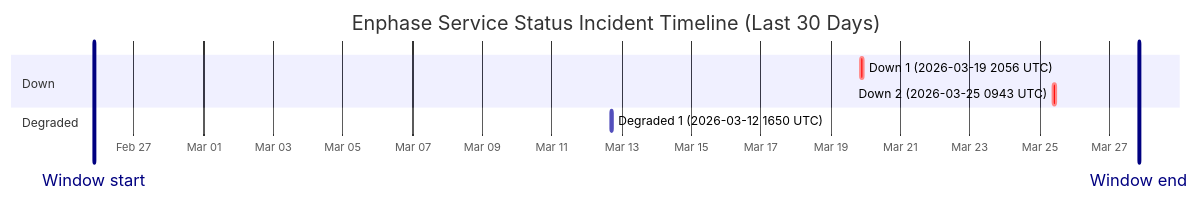
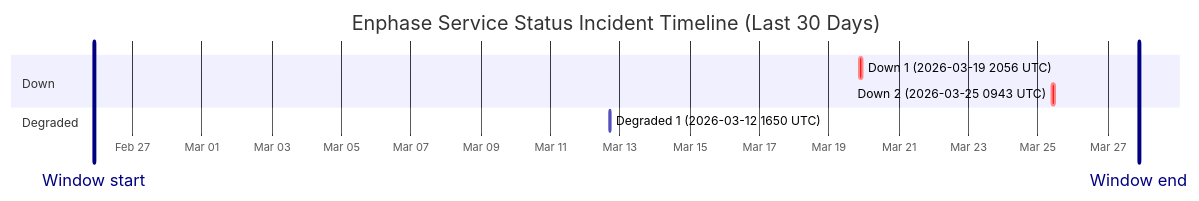
Before and after one commit to barneyonline/ha-enphase-ev-charger: the diagram in wiki/Service-Status-History.md, drawn with Mermaid. The commit also changed other lines of this file and 3 other files, not shown here.

````diff
--- a/wiki/Service-Status-History.md
+++ b/wiki/Service-Status-History.md
@@ -14,13 +14,13 @@
 ```mermaid
 gantt
     title Enphase Service Status Incident Timeline (Last 30 Days)
     dateFormat  YYYY-MM-DDTHH:mm:ss
     axisFormat  %b %d
-    Window start :vert, window-start, 2026-02-25T20:27:53, 0ms
-    Window end :vert, window-end, 2026-03-27T20:27:53, 0ms
+    Window start :vert, window-start, 2026-02-25T21:25:53, 0ms
+    Window end :vert, window-end, 2026-03-27T21:25:53, 0ms
     section Down
     Down 1 (2026-03-19 2056 UTC) :crit, down-1, 2026-03-19T20:56:20, 145m
     Down 2 (2026-03-25 0943 UTC) :crit, down-2, 2026-03-25T09:43:28, 111m
     section Degraded
     Degraded 1 (2026-03-12 1650 UTC) :active, degraded-1, 2026-03-12T16:50:43, 60m
 ```
````
